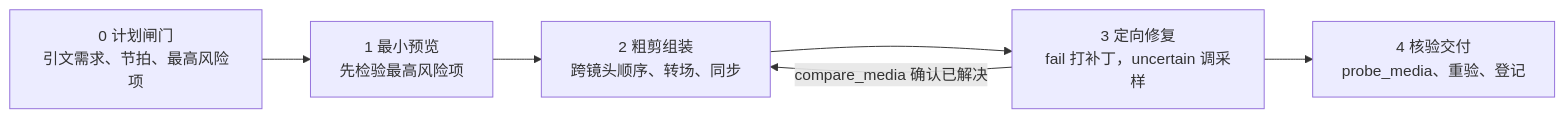
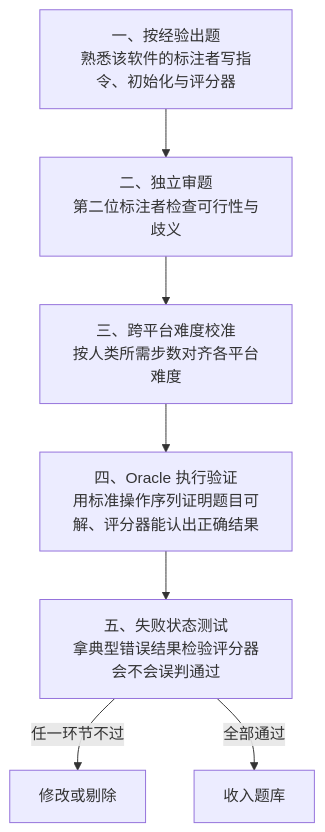
Before and after one commit to yingwang/paper-reads: the fifth of 7 diagrams in docs/index.md, drawn with Mermaid. The commit also changed other lines of this file and 2 other files, not shown here.

````diff
--- a/docs/index.md
+++ b/docs/index.md
@@ -306,8 +161,9 @@
 ```mermaid
-flowchart LR
-    S0["0 计划闸门<br/>引文需求、节拍、最高风险项"] --> S1["1 最小预览<br/>先检验最高风险项"]
-    S1 --> S2["2 粗剪组装<br/>跨镜头顺序、转场、同步"]
-    S2 --> S3["3 定向修复<br/>fail 打补丁，uncertain 调采样"]
-    S3 -->|"compare_media 确认已解决"| S2
-    S3 --> S4["4 核验交付<br/>probe_media、重验、登记"]
+flowchart TD
+    S1["一、按经验出题<br/>熟悉该软件的标注者写指令、初始化与评分器"] --> S2["二、独立审题<br/>第二位标注者检查可行性与歧义"]
+    S2 --> S3["三、跨平台难度校准<br/>按人类所需步数对齐各平台难度"]
+    S3 --> S4["四、Oracle 执行验证<br/>用标准操作序列证明题目可解、评分器能认出正确结果"]
+    S4 --> S5["五、失败状态测试<br/>拿典型错误结果检验评分器会不会误判通过"]
+    S5 -->|"任一环节不过"| R["修改或剔除"]
+    S5 -->|"全部通过"| OK["收入题库"]
 ```
````
